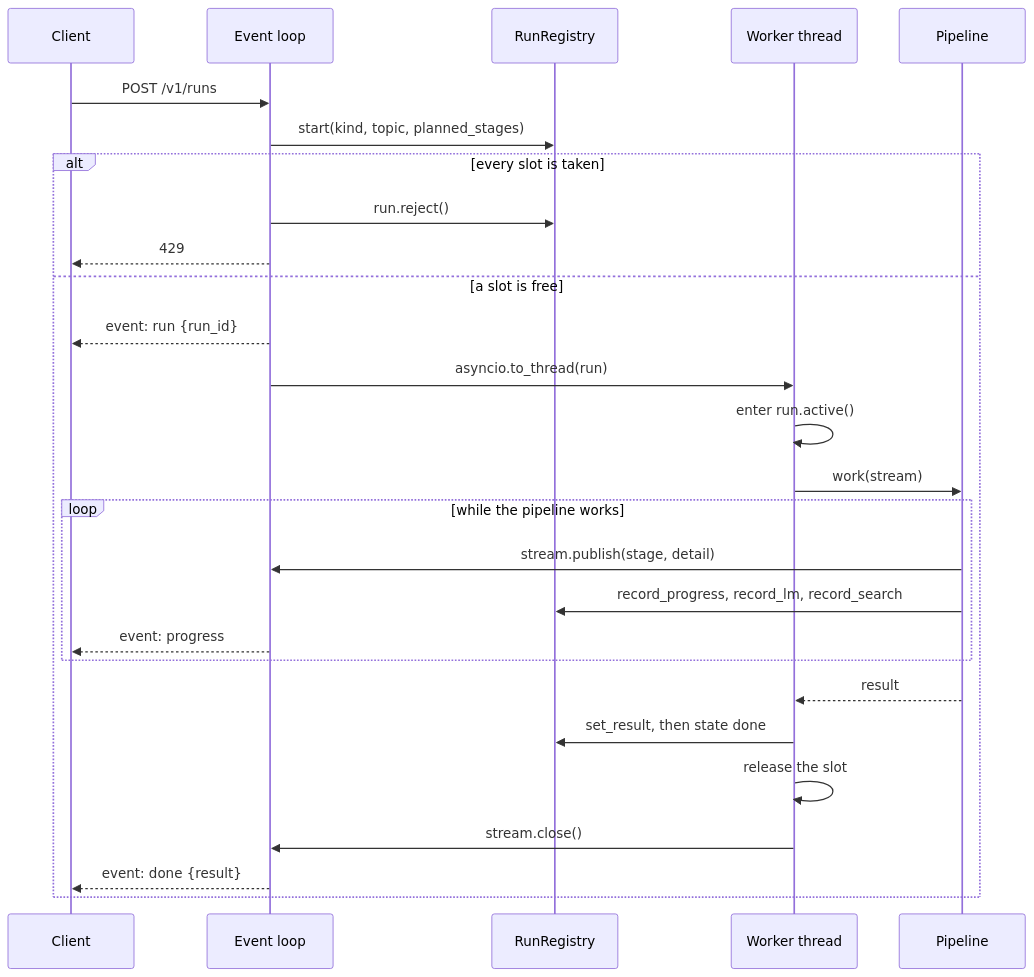
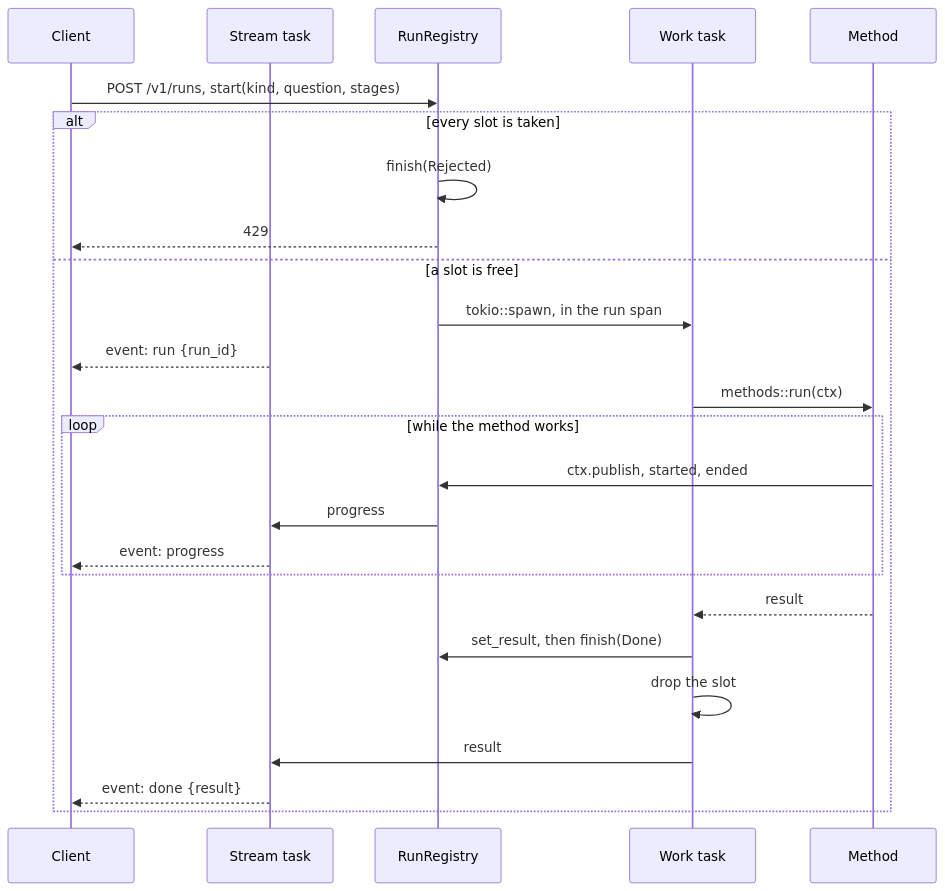
The second of 5 diagrams in docs/architecture.md (brewcoua/kvasir), drawn with Mermaid before and after one commit. The commit also changed other lines of this file, not shown here.

Commit message:
docs: describe the Rust service in the architecture page

````diff
--- a/docs/architecture.md
+++ b/docs/architecture.md
@@ -90,30 +98,28 @@
 ```mermaid
 sequenceDiagram
     participant C as Client
-    participant L as Event loop
+    participant S as Stream task
     participant R as RunRegistry
-    participant W as Worker thread
-    participant P as Pipeline
+    participant W as Work task
+    participant P as Method
 
-    C->>L: POST /v1/runs
-    L->>R: start(kind, topic, planned_stages)
+    C->>R: POST /v1/runs, start(kind, question, stages)
     alt every slot is taken
-        L->>R: run.reject()
-        L-->>C: 429
+        R->>R: finish(Rejected)
+        R-->>C: 429
     else a slot is free
-        L-->>C: event: run {run_id}
-        L->>W: asyncio.to_thread(run)
-        W->>W: enter run.active()
-        W->>P: work(stream)
-        loop while the pipeline works
-            P->>L: stream.publish(stage, detail)
-            P->>R: record_progress, record_lm, record_search
-            L-->>C: event: progress
+        R->>W: tokio::spawn, in the run span
+        S-->>C: event: run {run_id}
+        W->>P: methods::run(ctx)
+        loop while the method works
+            P->>R: ctx.publish, started, ended
+            R->>S: progress
+            S-->>C: event: progress
         end
         P-->>W: result
-        W->>R: set_result, then state done
-        W->>W: release the slot
-        W->>L: stream.close()
-        L-->>C: event: done {result}
+        W->>R: set_result, then finish(Done)
+        W->>W: drop the slot
+        W->>S: result
+        S-->>C: event: done {result}
     end
 ```
````
